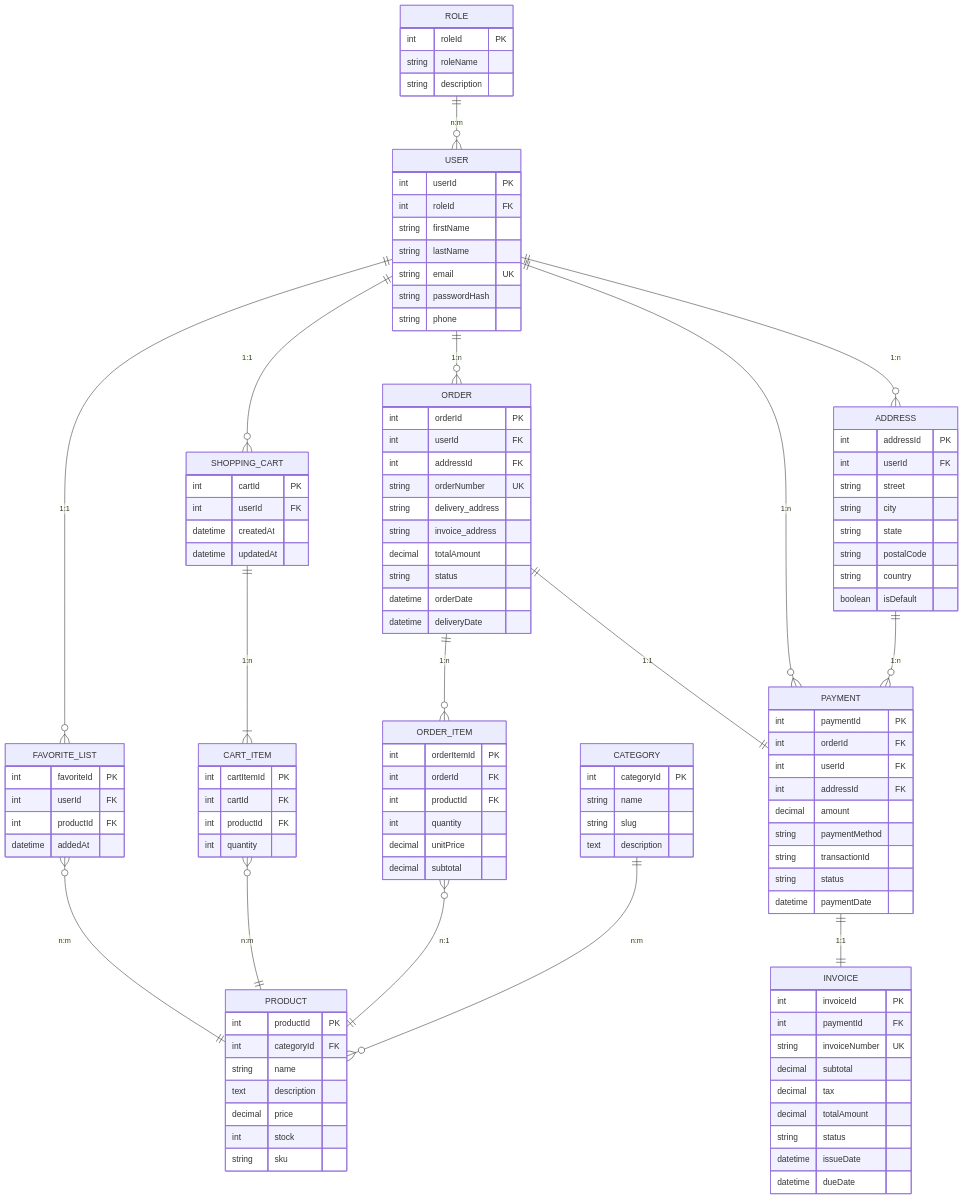
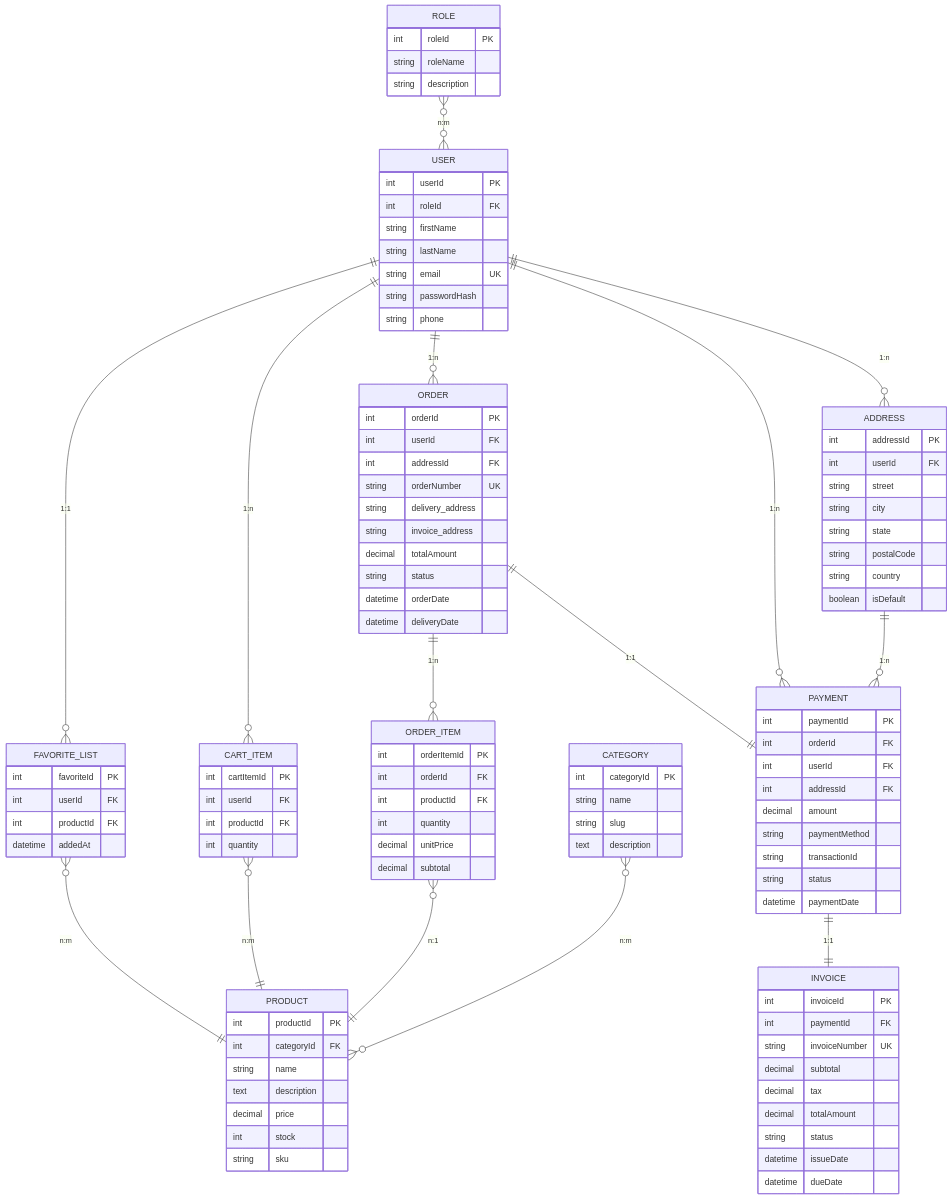
Before and after one commit to zethaaa/TAD_E2: the diagram in research/database/bbdd.mmd, drawn with Mermaid. The commit also changed 13 other files, not shown here.

```diff
--- a/research/database/bbdd.mmd
+++ b/research/database/bbdd.mmd
@@ -1,128 +1,120 @@
 erDiagram
 	direction TB
 	ROLE {
 		int roleId PK ""  
 		string roleName  ""  
 		string description  ""  
 	}
 
 	ADDRESS {
 		int addressId PK ""  
 		int userId FK ""  
 		string street  ""  
 		string city  ""  
 		string state  ""  
 		string postalCode  ""  
 		string country  ""  
 		boolean isDefault  ""  
-	}
-
-	SHOPPING_CART {
-		int cartId PK ""  
-		int userId FK ""  
-		datetime createdAt  ""  
-		datetime updatedAt  ""  
 	}
 
 	FAVORITE_LIST {
 		int favoriteId PK ""  
 		int userId FK ""  
 		int productId FK ""  
 		datetime addedAt  ""  
 	}
 
 	ORDER_ITEM {
 		int orderItemId PK ""  
 		int orderId FK ""  
 		int productId FK ""  
 		int quantity  ""  
 		decimal unitPrice  ""  
 		decimal subtotal  ""  
 	}
 
 	INVOICE {
 		int invoiceId PK ""  
 		int paymentId FK ""  
 		string invoiceNumber UK ""  
 		decimal subtotal  ""  
 		decimal tax  ""  
 		decimal totalAmount  ""  
 		string status  ""  
 		datetime issueDate  ""  
 		datetime dueDate  ""  
 	}
 
 	CATEGORY {
 		int categoryId PK ""  
 		string name  ""  
 		string slug  ""  
 		text description  ""  
 	}
 
 	USER {
 		int userId PK ""  
 		int roleId FK ""  
 		string firstName  ""  
 		string lastName  ""  
 		string email UK ""  
 		string passwordHash  ""  
 		string phone  ""  
 	}
 
 	PRODUCT {
 		int productId PK ""  
 		int categoryId FK ""  
 		string name  ""  
 		text description  ""  
 		decimal price  ""  
 		int stock  ""  
 		string sku  ""  
 	}
 
 	PAYMENT {
 		int paymentId PK ""  
 		int orderId FK ""  
 		int userId FK ""  
 		int addressId FK ""  
 		decimal amount  ""  
 		string paymentMethod  ""  
 		string transactionId  ""  
 		string status  ""  
 		datetime paymentDate  ""  
 	}
 
 	CART_ITEM {
 		int cartItemId PK ""  
-		int cartId FK ""  
+		int userId FK ""  
 		int productId FK ""  
 		int quantity  ""  
 	}
 
 	ORDER {
 		int orderId PK ""  
 		int userId FK ""  
 		int addressId FK ""  
 		string orderNumber UK ""  
 		string delivery_address  ""  
 		string invoice_address ""  
 		decimal totalAmount  ""  
 		string status  ""  
 		datetime orderDate  ""  
 		datetime deliveryDate  ""  
 	}
 
-	ROLE||--o{USER:"n:m"
+	ROLE}o--o{USER:"n:m"
 	USER||--o{ORDER:"1:n"
 	USER||--o{ADDRESS:"1:n"
-	USER||--o{SHOPPING_CART:"1:1"
 	USER||--o{FAVORITE_LIST:"1:1"
+	USER||--o{CART_ITEM:"1:n"
 	FAVORITE_LIST}o--||PRODUCT:"n:m"
-	SHOPPING_CART||--|{CART_ITEM:"1:n"
 	CART_ITEM}o--||PRODUCT:"n:m"
 	ORDER||--o{ORDER_ITEM:"1:n"
 	ORDER_ITEM}o--||PRODUCT:"n:1"
 	ORDER||--||PAYMENT:"1:1"
 	PAYMENT||--||INVOICE:"1:1"
-	CATEGORY||--o{PRODUCT:"n:m"
+	CATEGORY}o--o{PRODUCT:"n:m"
 	USER||--o{PAYMENT:"1:n"
 	ADDRESS||--o{PAYMENT:"1:n"
```
